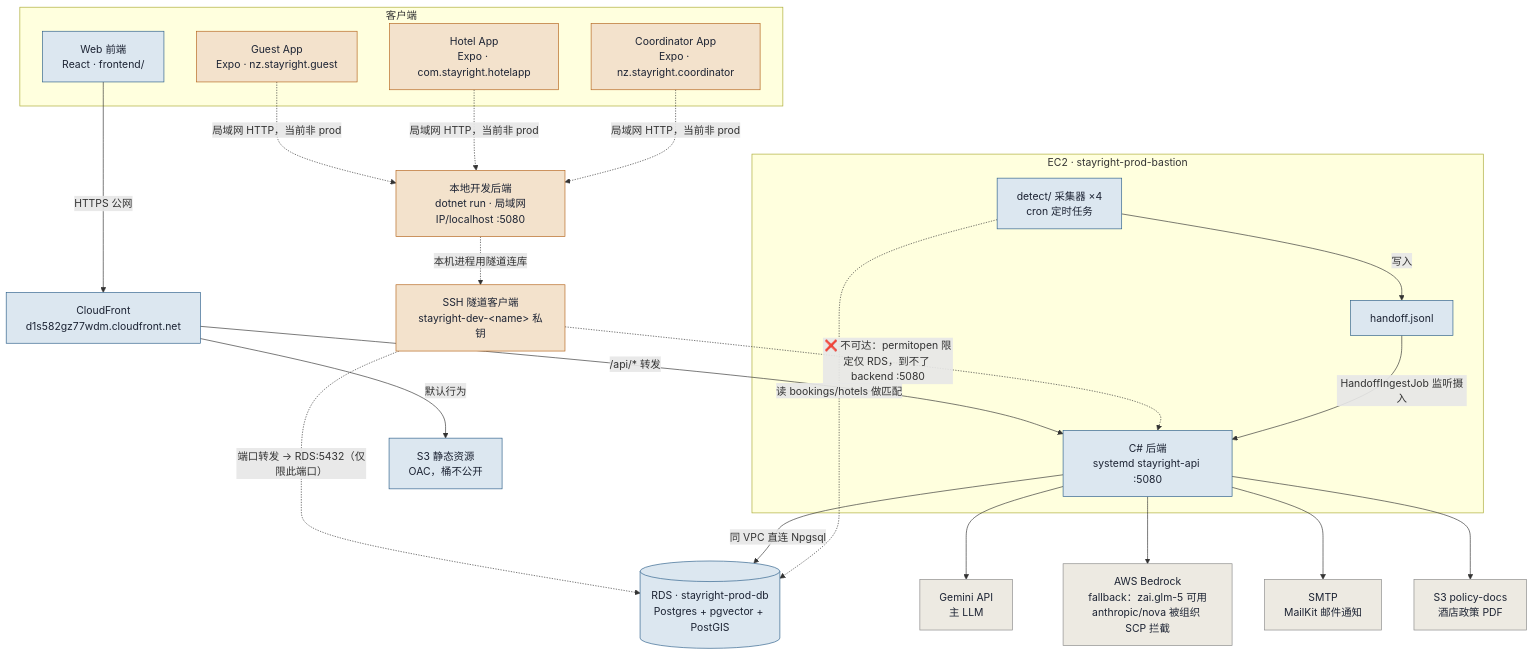
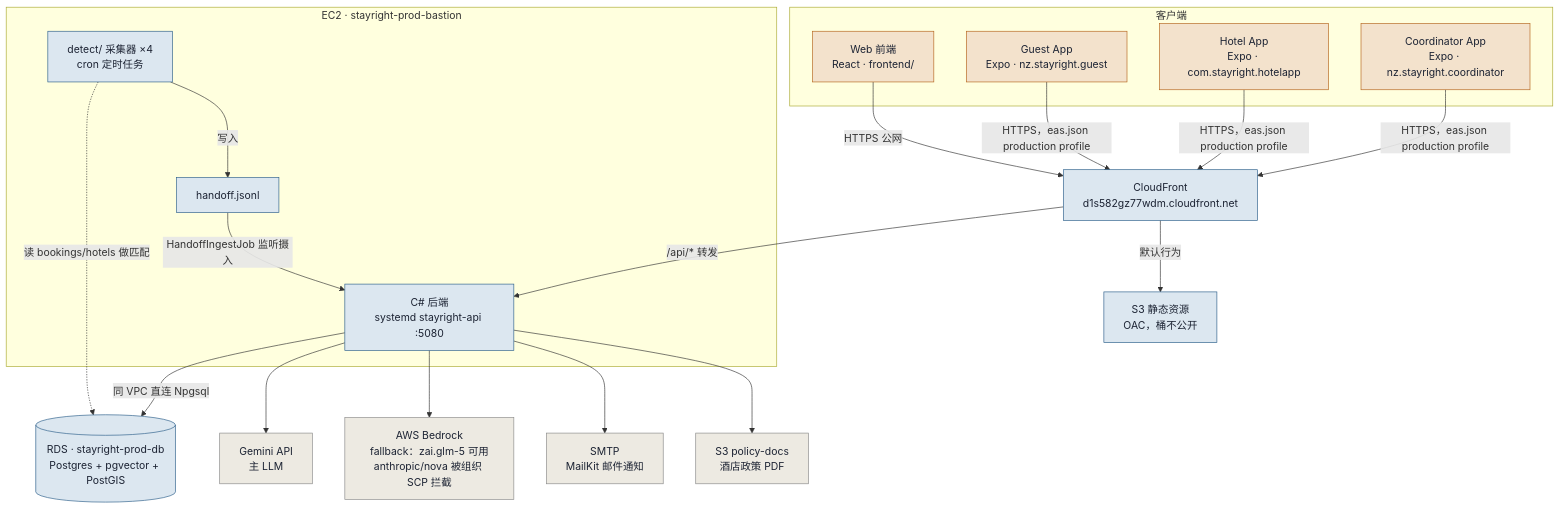
One commit to louis-builds/stayright-disruption-response changed the first of 2 diagrams in docs/ARCHITECTURE.md. Above: the diagram before and after it, drawn with Mermaid. The commit also changed other lines of this file, not shown here.

Commit message:
docs: 更新系统结构图和关键时序图，明确生产环境连接关系

````diff
--- a/docs/ARCHITECTURE.md
+++ b/docs/ARCHITECTURE.md
@@ -16,56 +18,50 @@
 ```mermaid
 flowchart TB
     subgraph Clients["客户端"]
         Web["Web 前端<br/>React · frontend/"]
         Guest["Guest App<br/>Expo · nz.stayright.guest"]
         Hotel["Hotel App<br/>Expo · com.stayright.hotelapp"]
         Coord["Coordinator App<br/>Expo · nz.stayright.coordinator"]
     end
 
     CF["CloudFront<br/>d1s582gz77wdm.cloudfront.net"]
     S3Static["S3 静态资源<br/>OAC，桶不公开"]
-    LocalBackend["本地开发后端<br/>dotnet run · 局域网IP/localhost :5080"]
-    SSHClient["SSH 隧道客户端<br/>stayright-dev-&lt;name&gt; 私钥"]
 
     subgraph EC2["EC2 · stayright-prod-bastion"]
         Backend["C# 后端<br/>systemd stayright-api :5080"]
         Detect["detect/ 采集器 ×4<br/>cron 定时任务"]
         Handoff["handoff.jsonl"]
     end
 
     RDS[("RDS · stayright-prod-db<br/>Postgres + pgvector + PostGIS")]
 
     Gemini["Gemini API<br/>主 LLM"]
     Bedrock["AWS Bedrock<br/>fallback：zai.glm-5 可用<br/>anthropic/nova 被组织 SCP 拦截"]
     SMTP["SMTP<br/>MailKit 邮件通知"]
     S3Policy["S3 policy-docs<br/>酒店政策 PDF"]
 
     Web -->|HTTPS 公网| CF
-    Guest -.->|局域网 HTTP，当前非 prod| LocalBackend
-    Hotel -.->|局域网 HTTP，当前非 prod| LocalBackend
-    Coord -.->|局域网 HTTP，当前非 prod| LocalBackend
+    Guest -->|"HTTPS，eas.json production profile"| CF
+    Hotel -->|"HTTPS，eas.json production profile"| CF
+    Coord -->|"HTTPS，eas.json production profile"| CF
 
     CF -->|默认行为| S3Static
     CF -->|"/api/* 转发"| Backend
-
-    LocalBackend -.->|本机进程用隧道连库| SSHClient
-    SSHClient -.->|"端口转发 → RDS:5432（仅限此端口）"| RDS
-    SSHClient -.->|"❌ 不可达：permitopen 限定仅 RDS，到不了 backend :5080"| Backend
 
     Backend -->|同 VPC 直连 Npgsql| RDS
     Detect -.->|读 bookings/hotels 做匹配| RDS
     Detect -->|写入| Handoff
     Handoff -->|HandoffIngestJob 监听摄入| Backend
 
     Backend --> Gemini
     Backend --> Bedrock
     Backend --> SMTP
     Backend --> S3Policy
 
     classDef prod fill:#DCE7F0,stroke:#2C5F8A,color:#1C2333;
-    classDef dev fill:#F3E2CC,stroke:#B5651D,color:#1C2333;
+    classDef client fill:#F3E2CC,stroke:#B5651D,color:#1C2333;
     classDef neutral fill:#EDEAE2,stroke:#8a8a8a,color:#1C2333;
-    class Web,CF,S3Static,Backend,RDS,Detect,Handoff prod;
-    class Guest,Hotel,Coord,LocalBackend,SSHClient dev;
+    class CF,S3Static,Backend,RDS,Detect,Handoff prod;
+    class Web,Guest,Hotel,Coord client;
     class Gemini,Bedrock,SMTP,S3Policy neutral;
 ```
````
